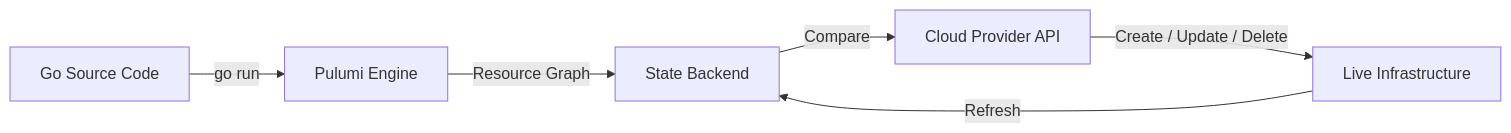
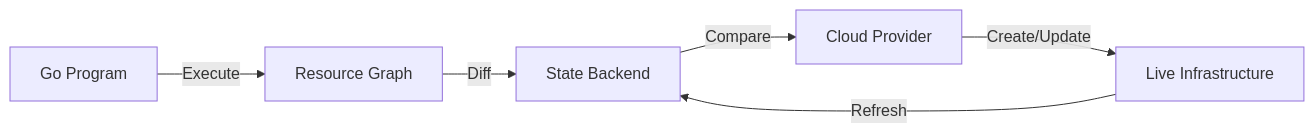
The first of 4 diagrams in Software Engineering/02 - Go Engineering/02 - Go for Cloud Native/05 - Infrastructure as Code with Pulumi.md (Leito2/Learning), drawn with Mermaid before and after one commit. The commit also changed other lines of this file and 41 other files, not shown here.

````diff
--- a/Software Engineering/02 - Go Engineering/02 - Go for Cloud Native/05 - Infrastructure as Code with Pulumi.md
+++ b/Software Engineering/02 - Go Engineering/02 - Go for Cloud Native/05 - Infrastructure as Code with Pulumi.md
@@ -53,8 +161,8 @@
 ```mermaid
 graph LR
-    A[Go Source Code] -->|go run| B[Pulumi Engine]
-    B -->|Resource Graph| C[State Backend]
-    C -->|Compare| D[Cloud Provider API]
-    D -->|Create / Update / Delete| E[Live Infrastructure]
-    E -->|Refresh| C
+	Go[Go Program] -->|Execute| Graph[Resource Graph]
+	Graph -->|Diff| State[State Backend]
+	State -->|Compare| Cloud[Cloud Provider]
+	Cloud -->|Create/Update| Infra[Live Infrastructure]
+	Infra -->|Refresh| State
 ```
````
